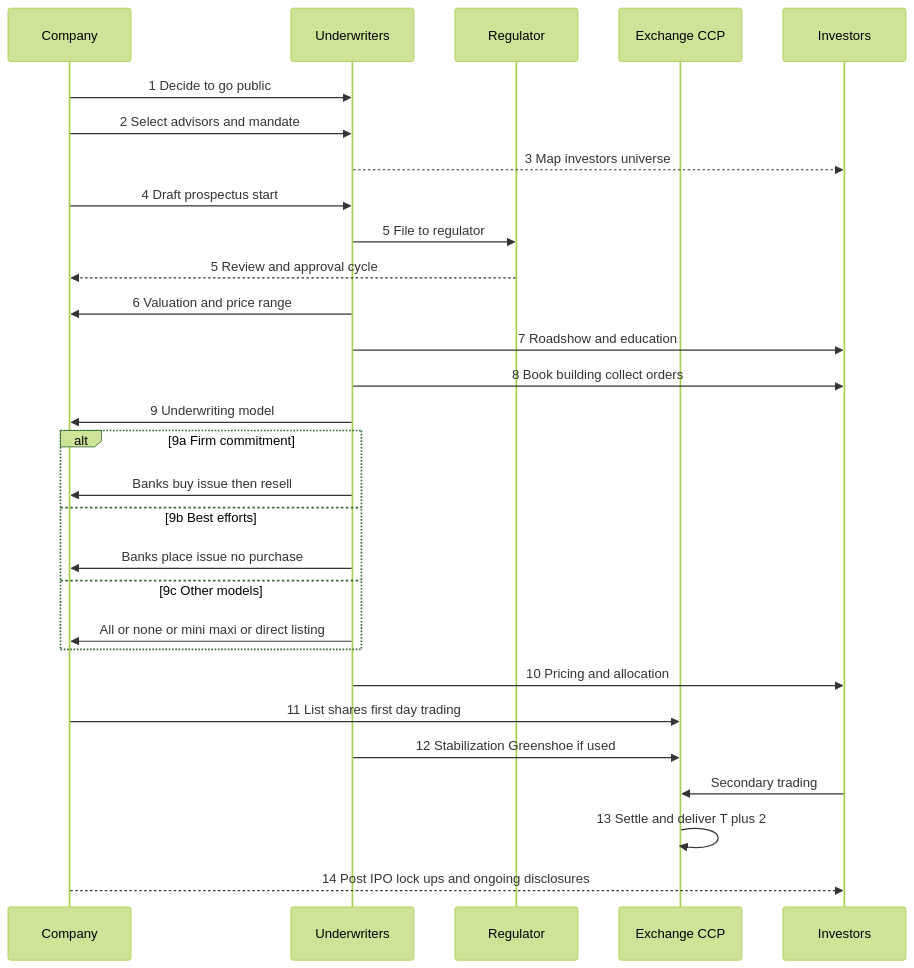
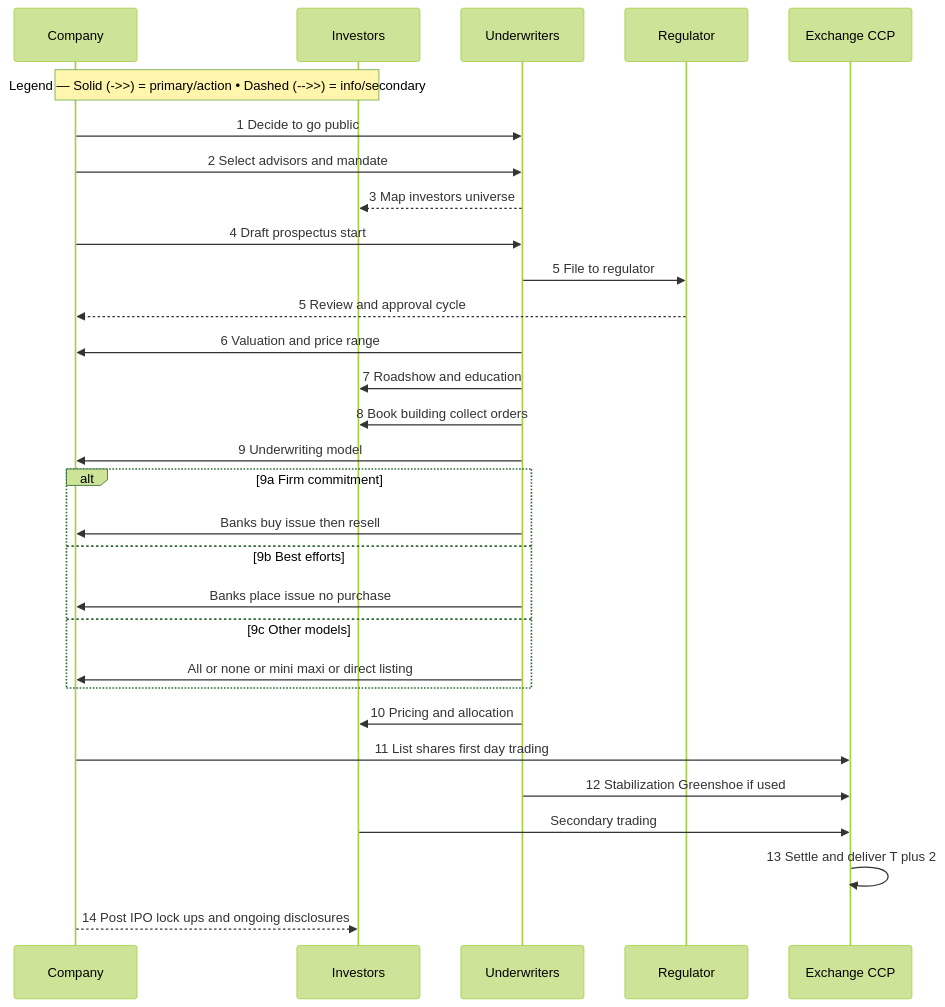
One commit to CheickPaul/Finance-Python-Learning-Portfolio changed the second of 2 diagrams in epat--quantinsti/modules/m01_epat_primer/primer02_stock_market_basics/ipo_process.md. Above: the diagram before and after it, drawn with Mermaid (forest theme).

````diff
--- a/epat--quantinsti/modules/m01_epat_primer/primer02_stock_market_basics/ipo_process.md
+++ b/epat--quantinsti/modules/m01_epat_primer/primer02_stock_market_basics/ipo_process.md
@@ -64,36 +64,40 @@
 ```mermaid
 sequenceDiagram
+%% Legend (shows what arrow styles mean)
+  %% Solid = primary/action ; Dashed = info/secondary
+  Note over Co,Inv: Legend — Solid (->>) = primary/action • Dashed (-->>) = info/secondary
+
   participant Co as Company
   participant UW as Underwriters
   participant Reg as Regulator
   participant Ex as Exchange CCP
   participant Inv as Investors
 
   Co->>UW: 1 Decide to go public
   Co->>UW: 2 Select advisors and mandate
   UW-->>Inv: 3 Map investors universe
 
   Co->>UW: 4 Draft prospectus start
   UW->>Reg: 5 File to regulator
   Reg-->>Co: 5 Review and approval cycle
 
   UW->>Co: 6 Valuation and price range
   UW->>Inv: 7 Roadshow and education
   UW->>Inv: 8 Book building collect orders
 
   UW->>Co: 9 Underwriting model
   alt 9a Firm commitment
     UW->>Co: Banks buy issue then resell
   else 9b Best efforts
     UW->>Co: Banks place issue no purchase
   else 9c Other models
     UW->>Co: All or none or mini maxi or direct listing
   end
 
   UW->>Inv: 10 Pricing and allocation
   Co->>Ex: 11 List shares first day trading
   UW->>Ex: 12 Stabilization Greenshoe if used
   Inv->>Ex: Secondary trading
   Ex->>Ex: 13 Settle and deliver T plus 2
   Co-->>Inv: 14 Post IPO lock ups and ongoing disclosures
   ```
````
